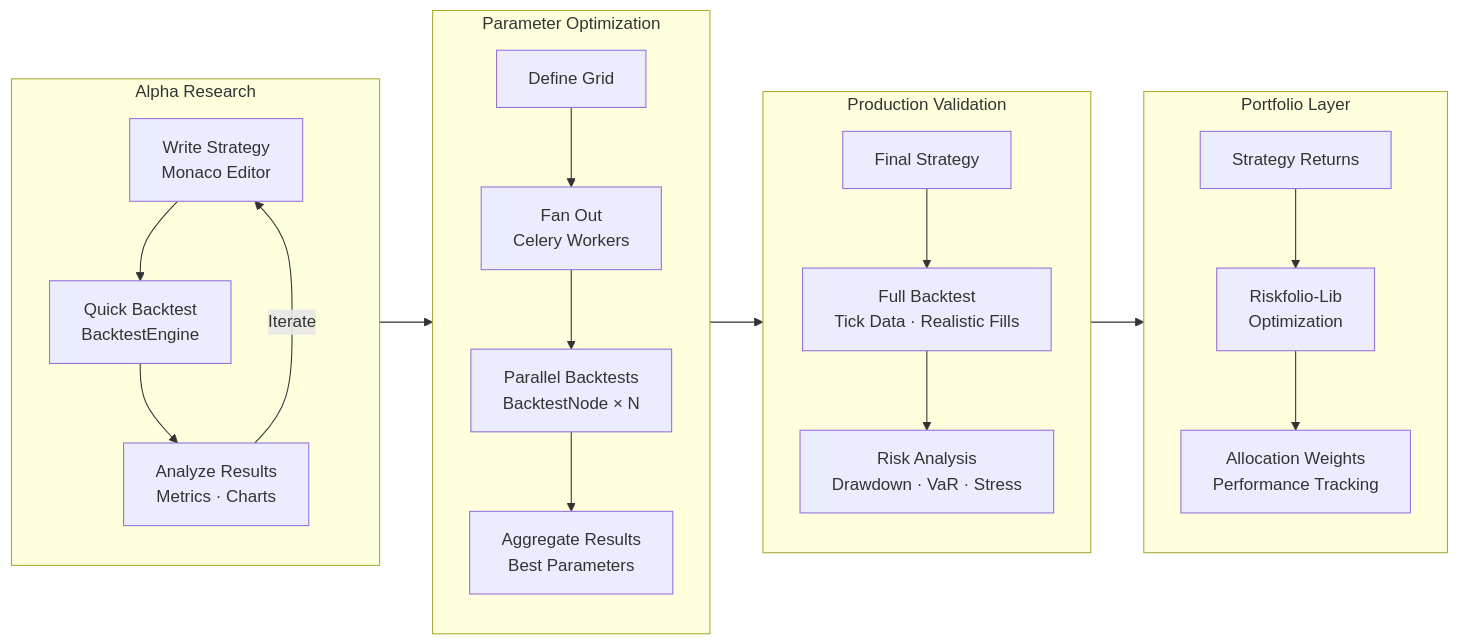
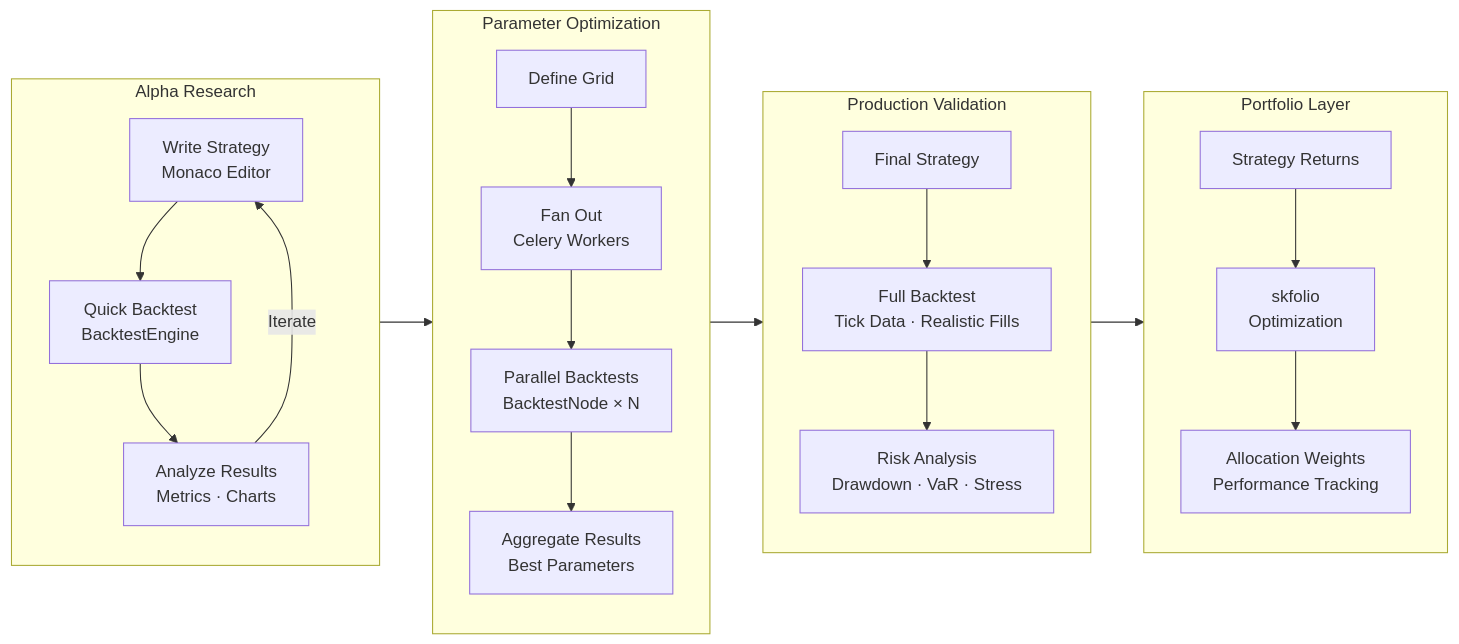
One commit to huydhoang/quantlens-docs changed the diagram in core_engine.md. Above: the diagram before and after it, drawn with Mermaid. The commit also changed other lines of this file and 8 other files, not shown here.

Commit message:
docs: switch portfolio optimization decision to skfolio

````diff
--- a/core_engine.md
+++ b/core_engine.md
@@ -244,28 +244,28 @@
 ```mermaid
 flowchart LR
     subgraph Research["Alpha Research"]
         A[Write Strategy<br/>Monaco Editor] --> B[Quick Backtest<br/>BacktestEngine]
         B --> C[Analyze Results<br/>Metrics · Charts]
         C -->|Iterate| A
     end
 
     subgraph Optimization["Parameter Optimization"]
         D[Define Grid] --> E[Fan Out<br/>Celery Workers]
         E --> F[Parallel Backtests<br/>BacktestNode × N]
         F --> G[Aggregate Results<br/>Best Parameters]
     end
 
     subgraph Validation["Production Validation"]
         H[Final Strategy] --> I[Full Backtest<br/>Tick Data · Realistic Fills]
         I --> J[Risk Analysis<br/>Drawdown · VaR · Stress]
     end
 
     subgraph Portfolio["Portfolio Layer"]
-        K[Strategy Returns] --> L[Riskfolio-Lib<br/>Optimization]
+        K[Strategy Returns] --> L[skfolio<br/>Optimization]
         L --> M[Allocation Weights<br/>Performance Tracking]
     end
 
     Research --> Optimization
     Optimization --> Validation
     Validation --> Portfolio
 ```
````
